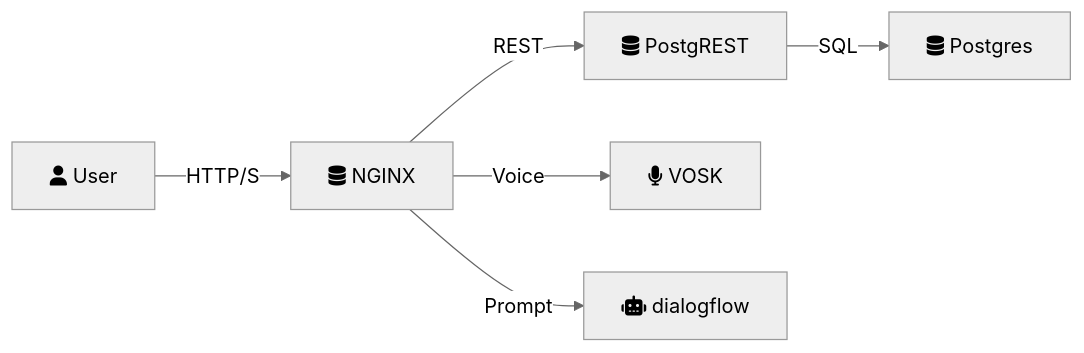
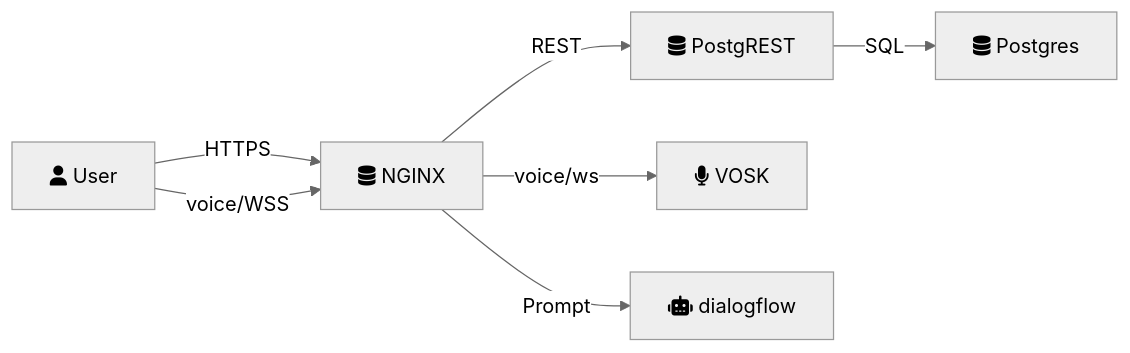
The diagram in README.md (niris/Edubot), drawn with Mermaid (neutral theme) before and after one commit. The commit also changed 10 other files, not shown here.

````diff
--- a/README.md
+++ b/README.md
@@ -21,13 +21,14 @@
 ```mermaid
 graph LR
 user[fa:fa-user User]
 httpd[fa:fa-database NGINX]
 api[fa:fa-database PostgREST]
 db[fa:fa-database Postgres]
 vosk[fa:fa-microphone VOSK]
 bot[fa:fa-robot dialogflow]
-user --> |HTTP/S| httpd
+user --> |HTTPS| httpd
+user --> |voice/WSS| httpd
 httpd --> |REST| api --> |SQL| db
-httpd --> |Voice| vosk
+httpd --> |voice/ws| vosk
 httpd --> |Prompt| bot
 ```
````
